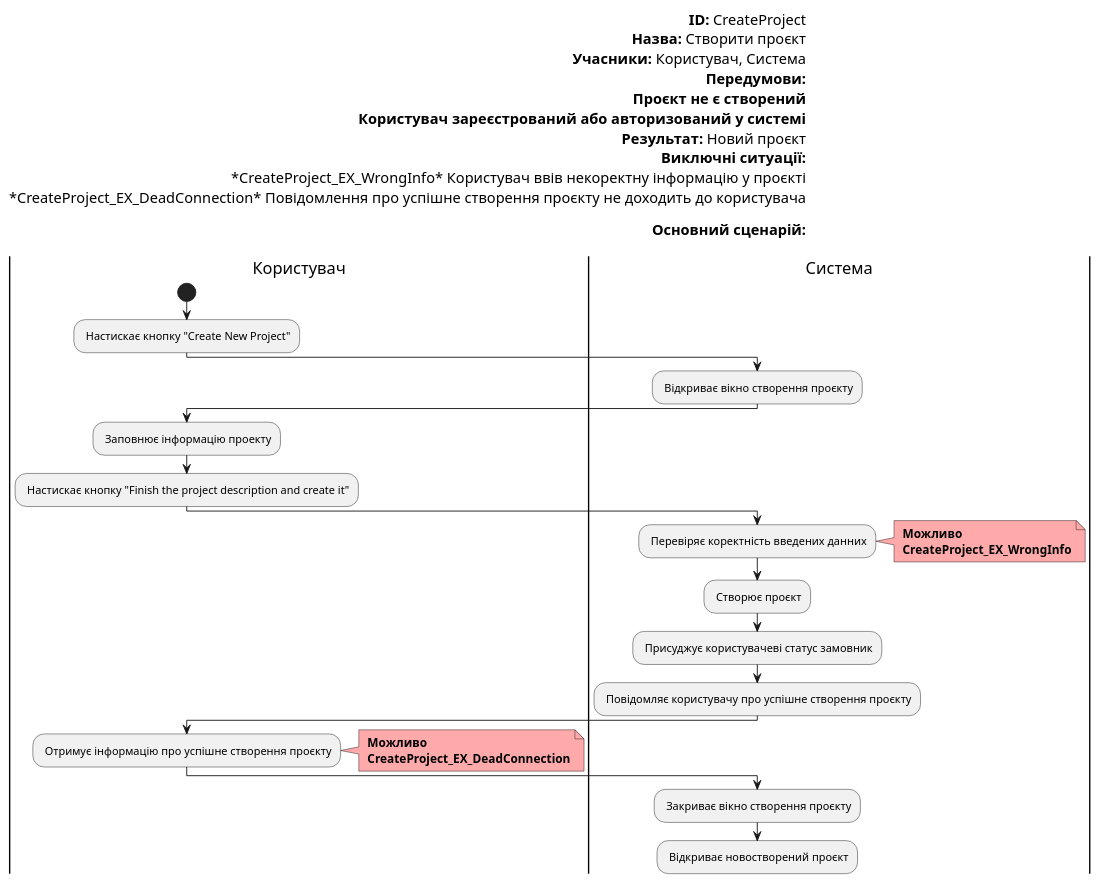
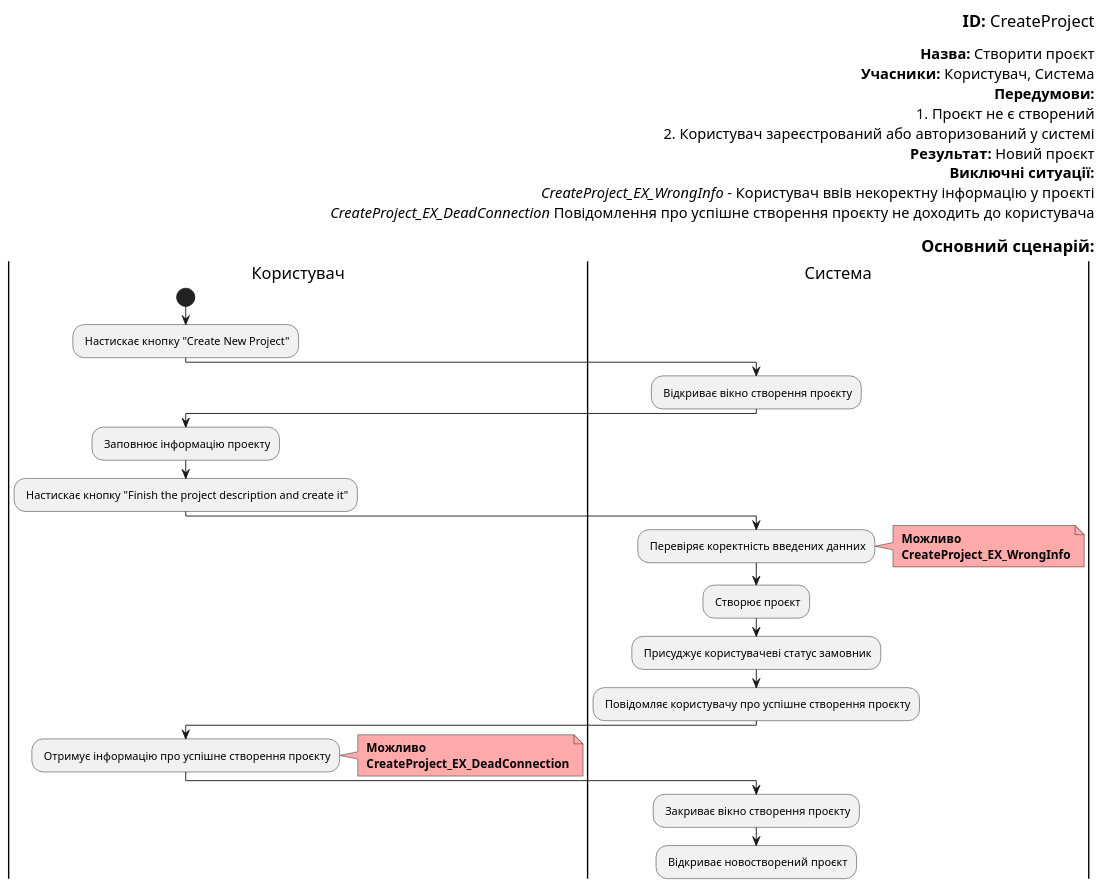
Before and after one commit to boldak/edu-db-cw: the tenth of 19 diagrams in docs/use cases/README.md, drawn with PlantUML. The commit also changed other lines of this file, not shown here.

```diff
--- a/docs/use cases/README.md
+++ b/docs/use cases/README.md
@@ -516,61 +515,61 @@
 @startuml
 
-    left header        
-        <font color=000 size=16><b>ID:</b> CreateProject
+    right header        
+        <font color=000 size=18><b>ID:</b> CreateProject
+
         <font color=000 size=16><b>Назва:</b> Створити проєкт
         <font color=000 size=16><b>Учасники:</b> Користувач, Система
         <font color=000 size=16><b>Передумови:</b> 
-        <font color=000 size=16><b> Проєкт не є створений 
-        <font color=000 size=16><b> Користувач зареєстрований або авторизований у системі
+        <font color=000 size=16>1. Проєкт не є створений 
+        <font color=000 size=16>2. Користувач зареєстрований або авторизований у системі
         <font color=000 size=16><b>Результат:</b> Новий проєкт
         <font color=000 size=16><b>Виключні ситуації:</b>
-        <font color=000 size=16> *CreateProject_EX_WrongInfo* Користувач ввів некоректну інформацію у проєкті
-        <font color=000 size=16> *CreateProject_EX_DeadConnection* Повідомлення про успішне створення проєкту не доходить до користувача
+        <font color=000 size=16> <i>CreateProject_EX_WrongInfo</i> - Користувач ввів некоректну інформацію у проєкті
+        <font color=000 size=16> <i>CreateProject_EX_DeadConnection</i> Повідомлення про успішне створення проєкту не доходить до користувача
         
-        <font color=000 size=16><b>Основний сценарій:</b>
-        
+        <font color=000 size=18><b>Основний сценарій:</b>
     end header
 
     |Користувач|
         start
         : Настискає кнопку "Create New Project";
         
     |Система|
         : Відкриває вікно створення проєкту;
         
     |Користувач|
         : Заповнює інформацію проекту;
 
     |Користувач|
         : Настискає кнопку "Finish the project description and create it";
         
     |Система|
         : Перевіряє коректність введених данних;
         note right #ffaaaa
         <b> Можливо
         <b> CreateProject_EX_WrongInfo
         end note
 
     |Система|
         : Створює проєкт;
         
     |Система|
         : Присуджує користувачеві статус замовник;
 
     |Система|
         : Повідомляє користувачу про успішне створення проєкту;
 
     |Користувач|
         : Отримує інформацію про успішне створення проєкту;
         note right #ffaaaa
         <b> Можливо
         <b> CreateProject_EX_DeadConnection
         end note
 
     |Система|
         : Закриває вікно створення проєкту;
 
     |Система|
         : Відкриває новостворений проєкт;
 
 @enduml
```
